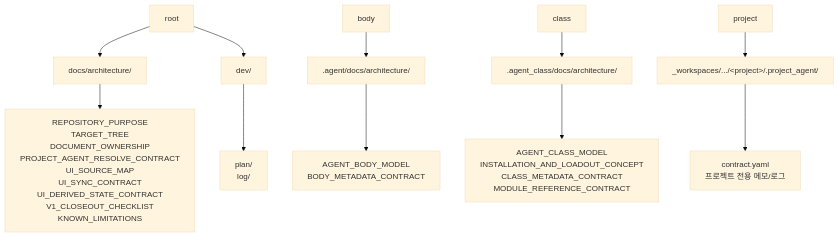
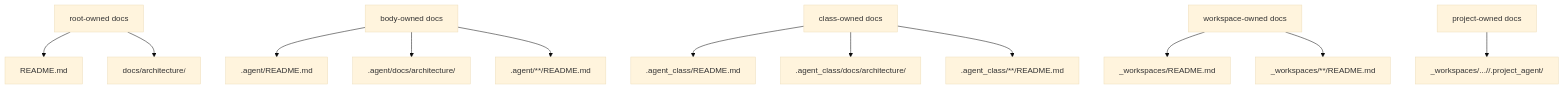
Before and after one commit to SungYongMOON/soulforge: the diagram in docs/architecture/DOCUMENT_OWNERSHIP.md, drawn with Mermaid (base theme). The commit also changed other lines of this file and 43 other files, not shown here.

````diff
--- a/docs/architecture/DOCUMENT_OWNERSHIP.md
+++ b/docs/architecture/DOCUMENT_OWNERSHIP.md
@@ -9,13 +10,14 @@
 ```mermaid
 flowchart TD
-  O1["root"] --> P1["docs/architecture/"]
-  O1 --> P5["dev/"]
-  O2["body"] --> P2[".agent/docs/architecture/"]
-  O3["class"] --> P3[".agent_class/docs/architecture/"]
-  O4["project"] --> P4["_workspaces/.../&lt;project&gt;/.project_agent/"]
-  P1 --> E1["REPOSITORY_PURPOSE<br/>TARGET_TREE<br/>DOCUMENT_OWNERSHIP<br/>PROJECT_AGENT_RESOLVE_CONTRACT<br/>UI_SOURCE_MAP<br/>UI_SYNC_CONTRACT<br/>UI_DERIVED_STATE_CONTRACT<br/>V1_CLOSEOUT_CHECKLIST<br/>KNOWN_LIMITATIONS"]
-  P5 --> E5["plan/<br/>log/"]
-  P2 --> E2["AGENT_BODY_MODEL<br/>BODY_METADATA_CONTRACT"]
-  P3 --> E3["AGENT_CLASS_MODEL<br/>INSTALLATION_AND_LOADOUT_CONCEPT<br/>CLASS_METADATA_CONTRACT<br/>MODULE_REFERENCE_CONTRACT"]
-  P4 --> E4["contract.yaml<br/>프로젝트 전용 메모/로그"]
+  Root["root-owned docs"] --> R1["README.md"]
+  Root --> R2["docs/architecture/"]
+  Body["body-owned docs"] --> B1[".agent/README.md"]
+  Body --> B2[".agent/docs/architecture/"]
+  Body --> B3[".agent/**/README.md"]
+  Class["class-owned docs"] --> C1[".agent_class/README.md"]
+  Class --> C2[".agent_class/docs/architecture/"]
+  Class --> C3[".agent_class/**/README.md"]
+  Work["workspace-owned docs"] --> W1["_workspaces/README.md"]
+  Work --> W2["_workspaces/**/README.md"]
+  Project["project-owned docs"] --> P1["_workspaces/.../<project>/.project_agent/"]
 ```
````
